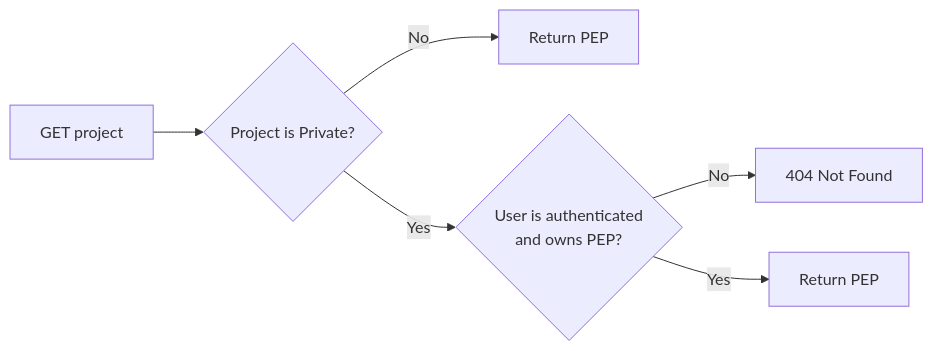
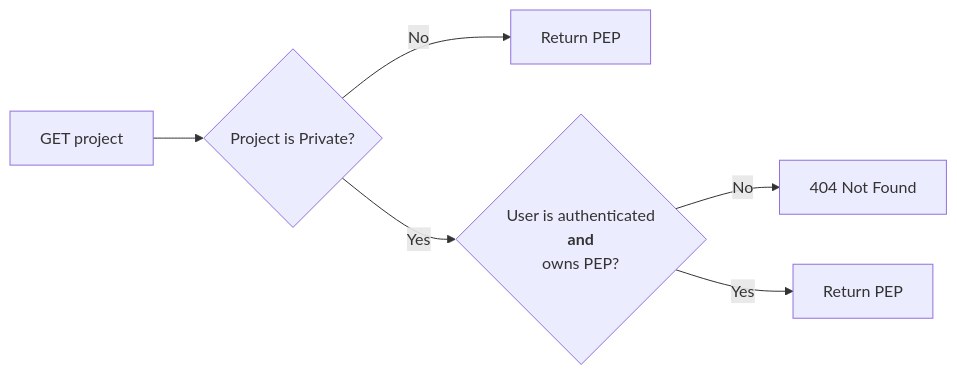
Before and after one commit to pepkit/pephub: the first of 3 diagrams in docs/authentication.md, drawn with Mermaid. The commit also changed other lines of this file, not shown here.

Commit message:
merge update and delete flows

````diff
--- a/docs/authentication.md
+++ b/docs/authentication.md
@@ -11,8 +11,8 @@
 ```mermaid
 flowchart LR
     A[GET project] --> B{Project is Private?}
     B -- No --> C[Return PEP]
-    B -- Yes --> D{User is authenticated <br/> and owns PEP?}
+    B -- Yes --> D{User is authenticated <br/> <b>and</b> <br/> owns PEP?}
     D -- No --> E[404 Not Found]
     D -- Yes --> F[Return PEP]
 ```
````
